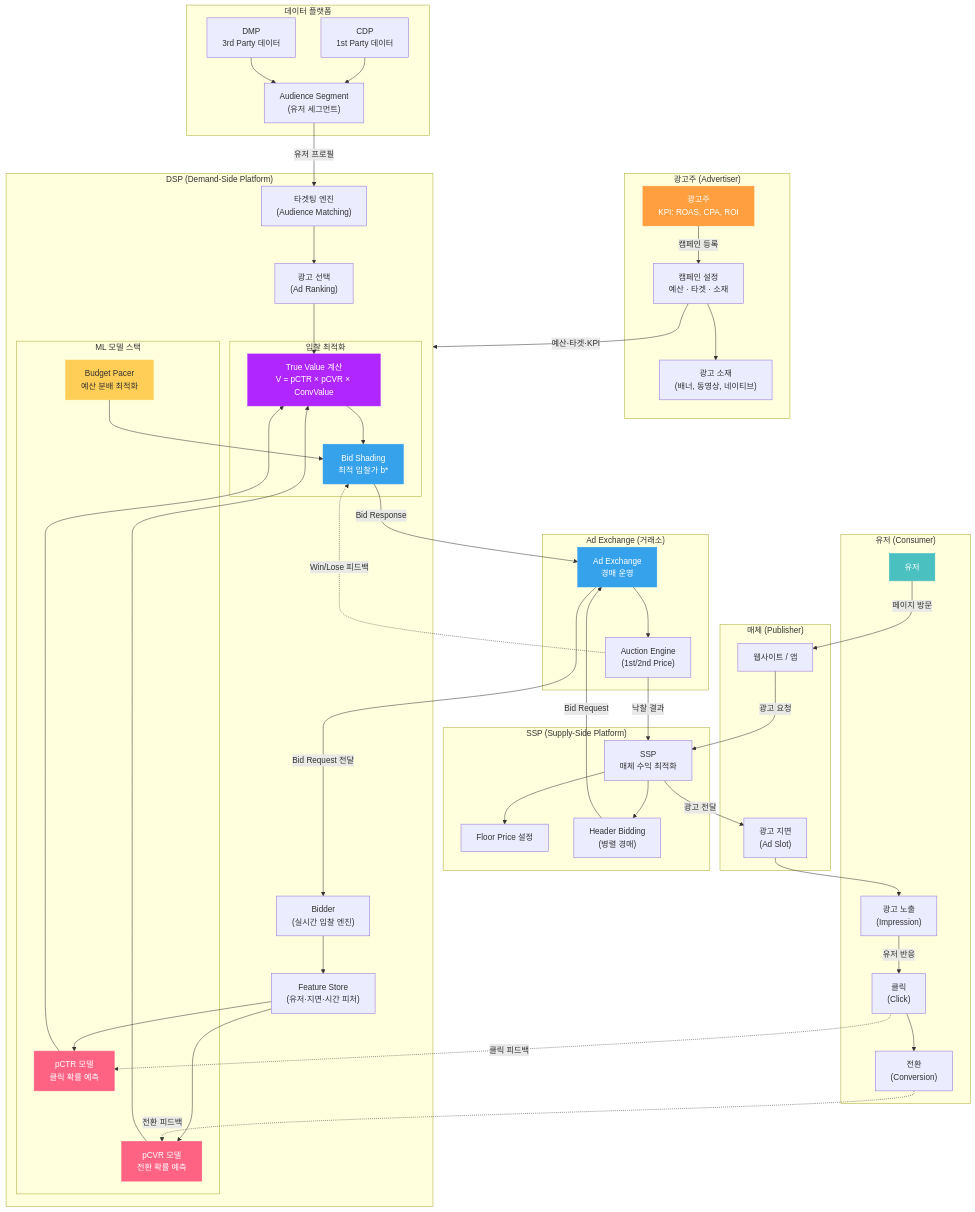
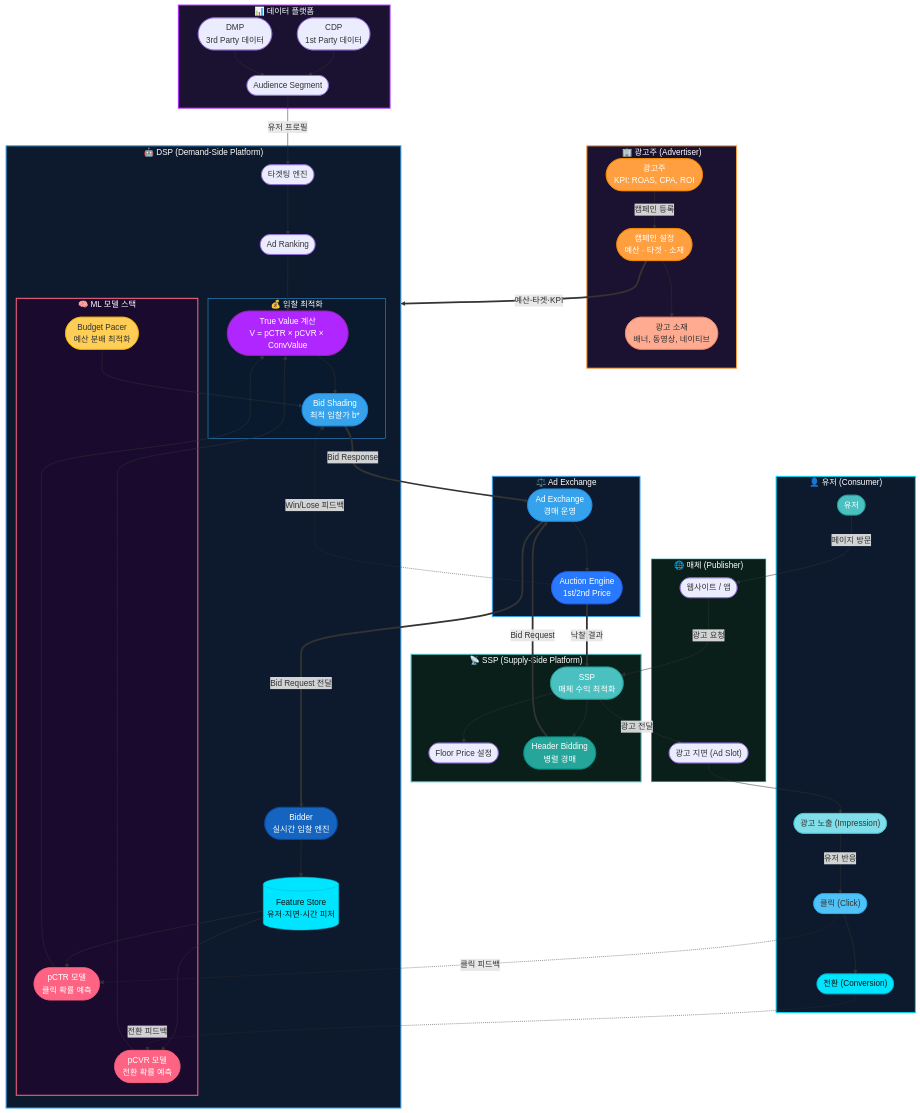
Before and after one commit to chkimsu/adtech-blog: the diagram in posts/adtech-ecosystem-map.md, drawn with Mermaid.

Commit message:
style: 생태계 조감도 Mermaid 스타일 전면 개선
- 서브그래프 배경: 회색 → 다크 네이비/퍼플 (블로그 테마 통일)
- 서브그래프 테두리: 역할별 컬러 (광고주=주황, DSP=파랑, ML=분홍 등)
- 노드 모양: 사각형 → 알약형(라운드), Feature Store=실린더
- 핵심 흐름: 굵은 화살표(==>) 적용
- 노드 17개 개별 색상 스타일링

````diff
--- a/posts/adtech-ecosystem-map.md
+++ b/posts/adtech-ecosystem-map.md
@@ -11,62 +11,62 @@
 ```mermaid
 graph TB
-    subgraph Advertiser["광고주 (Advertiser)"]
-        ADV["광고주<br/>KPI: ROAS, CPA, ROI"]
-        CAMP["캠페인 설정<br/>예산 · 타겟 · 소재"]
-        CREATIVE["광고 소재<br/>(배너, 동영상, 네이티브)"]
+    subgraph Advertiser["🏢 광고주 (Advertiser)"]
+        ADV(["광고주<br/>KPI: ROAS, CPA, ROI"])
+        CAMP(["캠페인 설정<br/>예산 · 타겟 · 소재"])
+        CREATIVE(["광고 소재<br/>배너, 동영상, 네이티브"])
     end
 
-    subgraph DSP_System["DSP (Demand-Side Platform)"]
-        BIDDER["Bidder<br/>(실시간 입찰 엔진)"]
+    subgraph DSP_System["🤖 DSP (Demand-Side Platform)"]
+        BIDDER(["Bidder<br/>실시간 입찰 엔진"])
 
-        subgraph ML_Models["ML 모델 스택"]
-            PCTR["pCTR 모델<br/>클릭 확률 예측"]
-            PCVR["pCVR 모델<br/>전환 확률 예측"]
-            BUDGET["Budget Pacer<br/>예산 분배 최적화"]
+        subgraph ML_Models["🧠 ML 모델 스택"]
+            PCTR(["pCTR 모델<br/>클릭 확률 예측"])
+            PCVR(["pCVR 모델<br/>전환 확률 예측"])
+            BUDGET(["Budget Pacer<br/>예산 분배 최적화"])
         end
 
-        subgraph Bid_Optimization["입찰 최적화"]
-            TV["True Value 계산<br/>V = pCTR × pCVR × ConvValue"]
-            SHADE["Bid Shading<br/>최적 입찰가 b*"]
+        subgraph Bid_Optimization["💰 입찰 최적화"]
+            TV(["True Value 계산<br/>V = pCTR × pCVR × ConvValue"])
+            SHADE(["Bid Shading<br/>최적 입찰가 b*"])
         end
 
-        TARGETING["타겟팅 엔진<br/>(Audience Matching)"]
-        ADSELECT["광고 선택<br/>(Ad Ranking)"]
-        FEAT["Feature Store<br/>(유저·지면·시간 피처)"]
+        TARGETING(["타겟팅 엔진"])
+        ADSELECT(["Ad Ranking"])
+        FEAT[("Feature Store<br/>유저·지면·시간 피처")]
     end
 
-    subgraph DMP_CDP["데이터 플랫폼"]
-        DMP["DMP<br/>3rd Party 데이터"]
-        CDP["CDP<br/>1st Party 데이터"]
-        SEGMENT["Audience Segment<br/>(유저 세그먼트)"]
+    subgraph DMP_CDP["📊 데이터 플랫폼"]
+        DMP(["DMP<br/>3rd Party 데이터"])
+        CDP(["CDP<br/>1st Party 데이터"])
+        SEGMENT(["Audience Segment"])
     end
 
-    subgraph Exchange["Ad Exchange (거래소)"]
-        ADEX["Ad Exchange<br/>경매 운영"]
-        AUCTION["Auction Engine<br/>(1st/2nd Price)"]
+    subgraph Exchange["⚖️ Ad Exchange"]
+        ADEX(["Ad Exchange<br/>경매 운영"])
+        AUCTION(["Auction Engine<br/>1st/2nd Price"])
     end
 
-    subgraph SSP_System["SSP (Supply-Side Platform)"]
-        SSP["SSP<br/>매체 수익 최적화"]
-        FLOOR["Floor Price 설정"]
-        HB["Header Bidding<br/>(병렬 경매)"]
+    subgraph SSP_System["📡 SSP (Supply-Side Platform)"]
+        SSP(["SSP<br/>매체 수익 최적화"])
+        FLOOR(["Floor Price 설정"])
+        HB(["Header Bidding<br/>병렬 경매"])
     end
 
-    subgraph Publisher["매체 (Publisher)"]
-        PUB["웹사이트 / 앱"]
-        SLOT["광고 지면<br/>(Ad Slot)"]
+    subgraph Publisher["🌐 매체 (Publisher)"]
+        PUB(["웹사이트 / 앱"])
+        SLOT(["광고 지면 (Ad Slot)"])
     end
 
-    subgraph User_Side["유저 (Consumer)"]
-        USER["유저"]
-        IMP["광고 노출<br/>(Impression)"]
-        CLICK["클릭<br/>(Click)"]
-        CONV["전환<br/>(Conversion)"]
+    subgraph User_Side["👤 유저 (Consumer)"]
+        USER(["유저"])
+        IMP(["광고 노출 (Impression)"])
+        CLICK(["클릭 (Click)"])
+        CONV(["전환 (Conversion)"])
     end
 
     ADV -->|캠페인 등록| CAMP
     CAMP --> CREATIVE
-    CAMP -->|예산·타겟·KPI| DSP_System
+    CAMP ==>|예산·타겟·KPI| DSP_System
 
     CDP --> SEGMENT
     DMP --> SEGMENT
@@ -76,8 +76,8 @@
     PUB -->|광고 요청| SSP
     SSP --> FLOOR
     SSP --> HB
-    HB -->|Bid Request| ADEX
-    ADEX -->|Bid Request 전달| BIDDER
+    HB ==>|Bid Request| ADEX
+    ADEX ==>|Bid Request 전달| BIDDER
 
     BIDDER --> FEAT
     FEAT --> PCTR
@@ -88,10 +88,10 @@
     ADSELECT --> TV
     TV --> SHADE
     BUDGET --> SHADE
-    SHADE -->|Bid Response| ADEX
+    SHADE ==>|Bid Response| ADEX
 
     ADEX --> AUCTION
-    AUCTION -->|낙찰 결과| SSP
+    AUCTION ==>|낙찰 결과| SSP
     SSP -->|광고 전달| SLOT
     SLOT --> IMP
     IMP -->|유저 반응| CLICK
@@ -101,12 +101,34 @@
     CLICK -.->|클릭 피드백| PCTR
     AUCTION -.->|Win/Lose 피드백| SHADE
 
+    %% 서브그래프 배경색
+    style Advertiser fill:#1a1230,stroke:#ff9f40,stroke-width:2px,color:#fff
+    style DSP_System fill:#0d1a2d,stroke:#36a2eb,stroke-width:2px,color:#fff
+    style ML_Models fill:#1a0a2e,stroke:#ff6384,stroke-width:2px,color:#fff
+    style Bid_Optimization fill:#0a1a2e,stroke:#36a2eb,stroke-width:1px,color:#fff
+    style DMP_CDP fill:#1a1230,stroke:#b026ff,stroke-width:2px,color:#fff
+    style Exchange fill:#0d1a2d,stroke:#36a2eb,stroke-width:2px,color:#fff
+    style SSP_System fill:#0a1f1a,stroke:#4bc0c0,stroke-width:2px,color:#fff
+    style Publisher fill:#0a1f1a,stroke:#4bc0c0,stroke-width:1px,color:#fff
+    style User_Side fill:#0d1a2d,stroke:#00e5ff,stroke-width:2px,color:#fff
+
+    %% 노드 스타일
     style PCTR fill:#ff6384,stroke:#ff6384,color:#fff
     style PCVR fill:#ff6384,stroke:#ff6384,color:#fff
-    style SHADE fill:#36a2eb,stroke:#36a2eb,color:#fff
-    style TV fill:#b026ff,stroke:#b026ff,color:#fff
-    style ADEX fill:#36a2eb,stroke:#36a2eb,color:#fff
-    style USER fill:#4bc0c0,stroke:#4bc0c0,color:#fff
-    style ADV fill:#ff9f40,stroke:#ff9f40,color:#fff
-    style BUDGET fill:#ffce56,stroke:#ffce56,color:#333
+    style SHADE fill:#36a2eb,stroke:#2196f3,color:#fff
+    style TV fill:#b026ff,stroke:#9c27b0,color:#fff
+    style ADEX fill:#36a2eb,stroke:#2196f3,color:#fff
+    style AUCTION fill:#2979ff,stroke:#2962ff,color:#fff
+    style USER fill:#4bc0c0,stroke:#26a69a,color:#fff
+    style ADV fill:#ff9f40,stroke:#ff8f00,color:#fff
+    style BUDGET fill:#ffce56,stroke:#ffc107,color:#333
+    style FEAT fill:#00e5ff,stroke:#00bcd4,color:#111
+    style BIDDER fill:#1565c0,stroke:#0d47a1,color:#fff
+    style CAMP fill:#ff9f40,stroke:#ff8f00,color:#fff
+    style CREATIVE fill:#ffab91,stroke:#ff8a65,color:#333
+    style SSP fill:#4bc0c0,stroke:#26a69a,color:#fff
+    style HB fill:#26a69a,stroke:#009688,color:#fff
+    style IMP fill:#80deea,stroke:#4dd0e1,color:#333
+    style CLICK fill:#4fc3f7,stroke:#29b6f6,color:#333
+    style CONV fill:#00e5ff,stroke:#00bcd4,color:#111
 ```
````
